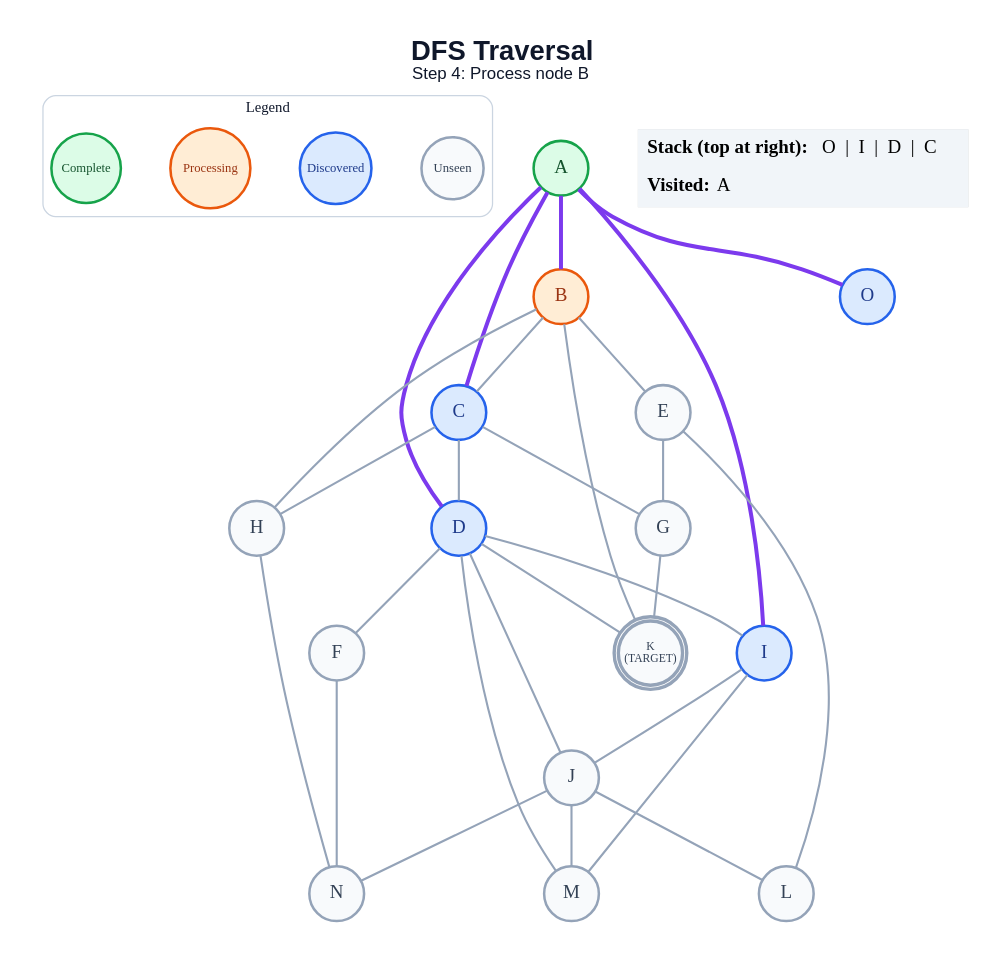
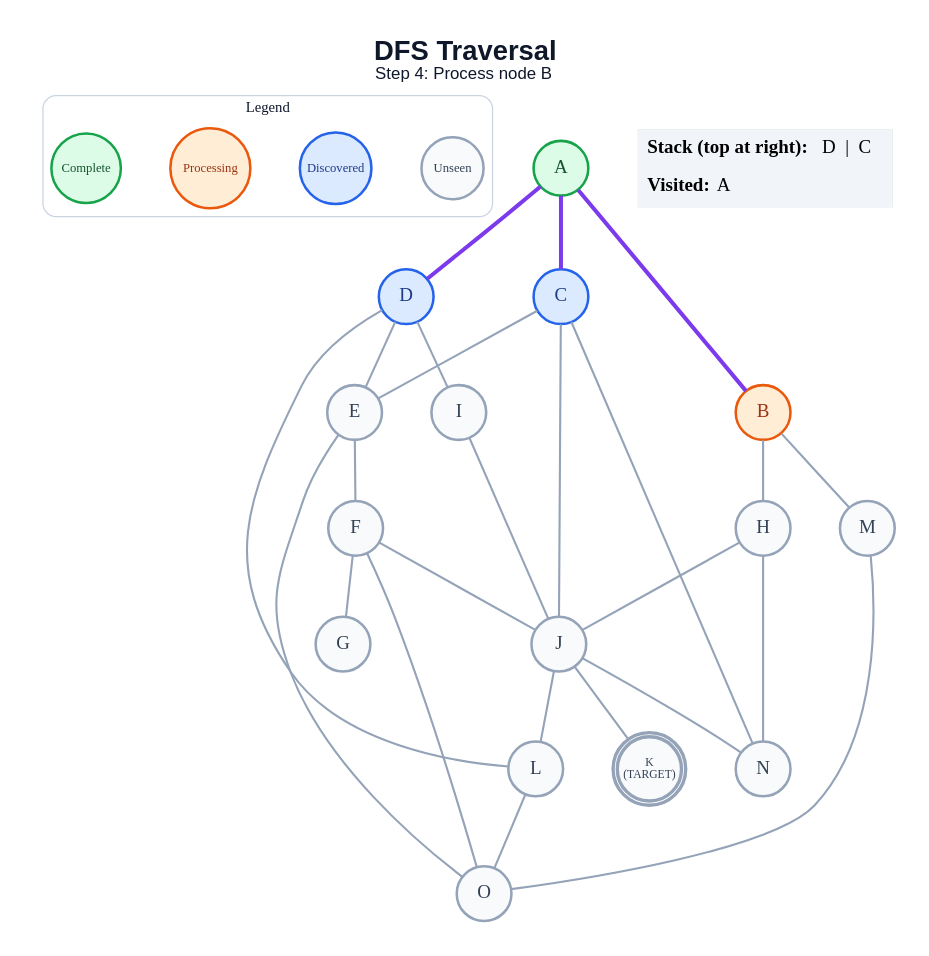
One commit to anon7238593-create/ai-slop changed the diagram in generated/specific-node/dfs/step_04.dot. Above: the diagram before and after it, drawn with Graphviz. The commit also changed 272 other files, not shown here.

```diff
--- a/generated/specific-node/dfs/step_04.dot
+++ b/generated/specific-node/dfs/step_04.dot
@@ -1,61 +1,58 @@
 graph traversal {
   graph [layout=dot, rankdir=TB, bgcolor="#FFFFFF", pad="0.35", nodesep="0.65", ranksep="0.8", fontname="Arial"];
   node [shape=circle, style="filled", fontname="Arial Bold", fontsize=18, width=0.72, fixedsize=true, penwidth=2.4];
   edge [color="#94A3B8", penwidth=2.0];
   label=<<B>DFS Traversal</B><BR/><FONT POINT-SIZE="16">Step 4: Process node B</FONT>>; labelloc="t"; fontsize=26; fontname="Arial"; fontcolor="#0F172A";
   subgraph cluster_legend { label="Legend"; color="#CBD5E1"; penwidth=1.2; style="rounded"; fontsize=14; fontname="Arial Bold";
     key_unseen [label="Unseen", fillcolor="#F8FAFC", color="#94A3B8", fontcolor="#334155", fontsize=12, width=0.82];
     key_frontier [label="Discovered", fillcolor="#DBEAFE", color="#2563EB", fontcolor="#1E3A8A", fontsize=12, width=0.95];
     key_current [label="Processing", fillcolor="#FFEDD5", color="#EA580C", fontcolor="#9A3412", fontsize=12, width=1.05];
     key_done [label="Complete", fillcolor="#DCFCE7", color="#16A34A", fontcolor="#14532D", fontsize=12, width=0.92];
     { rank=same; key_unseen; key_frontier; key_current; key_done; }
   }
   A [label="A", fillcolor="#DCFCE7", color="#16A34A", fontcolor="#14532D", peripheries=1, penwidth=2.4];
   B [label="B", fillcolor="#FFEDD5", color="#EA580C", fontcolor="#9A3412", peripheries=1, penwidth=2.4];
   C [label="C", fillcolor="#DBEAFE", color="#2563EB", fontcolor="#1E3A8A", peripheries=1, penwidth=2.4];
   D [label="D", fillcolor="#DBEAFE", color="#2563EB", fontcolor="#1E3A8A", peripheries=1, penwidth=2.4];
   E [label="E", fillcolor="#F8FAFC", color="#94A3B8", fontcolor="#334155", peripheries=1, penwidth=2.4];
   F [label="F", fillcolor="#F8FAFC", color="#94A3B8", fontcolor="#334155", peripheries=1, penwidth=2.4];
   G [label="G", fillcolor="#F8FAFC", color="#94A3B8", fontcolor="#334155", peripheries=1, penwidth=2.4];
   H [label="H", fillcolor="#F8FAFC", color="#94A3B8", fontcolor="#334155", peripheries=1, penwidth=2.4];
-  I [label="I", fillcolor="#DBEAFE", color="#2563EB", fontcolor="#1E3A8A", peripheries=1, penwidth=2.4];
+  I [label="I", fillcolor="#F8FAFC", color="#94A3B8", fontcolor="#334155", peripheries=1, penwidth=2.4];
   J [label="J", fillcolor="#F8FAFC", color="#94A3B8", fontcolor="#334155", peripheries=1, penwidth=2.4];
   K [label="K\n(TARGET)", fillcolor="#F8FAFC", color="#94A3B8", fontcolor="#334155", peripheries=2, penwidth=3.2, fontsize=11, width=0.85, height=0.85];
   L [label="L", fillcolor="#F8FAFC", color="#94A3B8", fontcolor="#334155", peripheries=1, penwidth=2.4];
   M [label="M", fillcolor="#F8FAFC", color="#94A3B8", fontcolor="#334155", peripheries=1, penwidth=2.4];
   N [label="N", fillcolor="#F8FAFC", color="#94A3B8", fontcolor="#334155", peripheries=1, penwidth=2.4];
-  O [label="O", fillcolor="#DBEAFE", color="#2563EB", fontcolor="#1E3A8A", peripheries=1, penwidth=2.4];
+  O [label="O", fillcolor="#F8FAFC", color="#94A3B8", fontcolor="#334155", peripheries=1, penwidth=2.4];
   A -- B [color="#7C3AED", penwidth=3.8];
   A -- C [color="#7C3AED", penwidth=3.8];
   A -- D [color="#7C3AED", penwidth=3.8];
-  A -- I [color="#7C3AED", penwidth=3.8];
-  A -- O [color="#7C3AED", penwidth=3.8];
-  B -- C;
-  B -- E;
   B -- H;
-  B -- K;
-  C -- D;
-  C -- G;
-  C -- H;
-  D -- F;
+  B -- M;
+  C -- E;
+  C -- J;
+  C -- N;
+  D -- E;
   D -- I;
-  D -- J;
-  D -- K;
-  D -- M;
-  E -- G;
-  E -- L;
-  F -- N;
-  G -- K;
+  D -- L;
+  E -- F;
+  E -- O;
+  F -- G;
+  F -- J;
+  F -- O;
+  H -- J;
   H -- N;
   I -- J;
-  I -- M;
+  J -- K;
   J -- L;
-  J -- M;
   J -- N;
+  L -- O;
+  M -- O;
   status [shape=plain, fixedsize=false, width=0, height=0, margin=0, label=<
     <TABLE BORDER="0" CELLBORDER="0" CELLPADDING="7" BGCOLOR="#F1F5F9">
-      <TR><TD ALIGN="LEFT"><B>Stack (top at right):</B> O  |  I  |  D  |  C</TD></TR>
+      <TR><TD ALIGN="LEFT"><B>Stack (top at right):</B> D  |  C</TD></TR>
       <TR><TD ALIGN="LEFT"><B>Visited:</B> A</TD></TR>
     </TABLE>
   >];
 }
```
